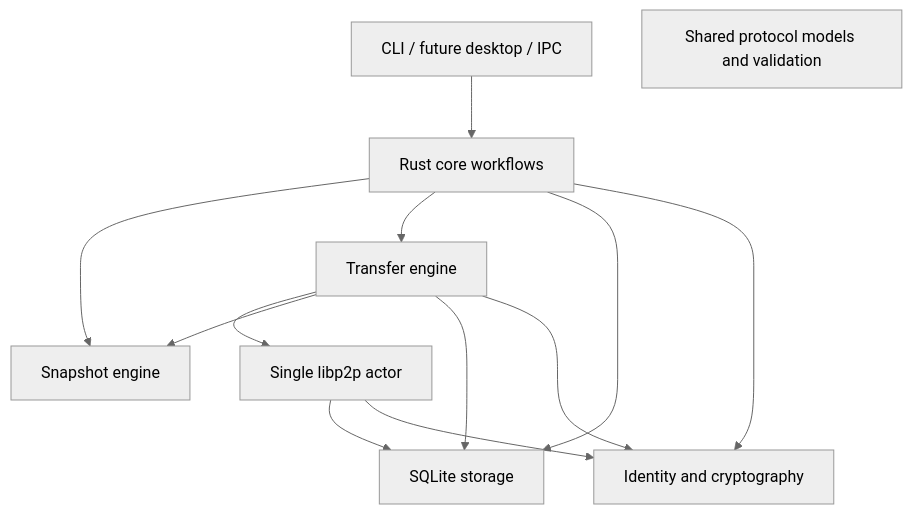
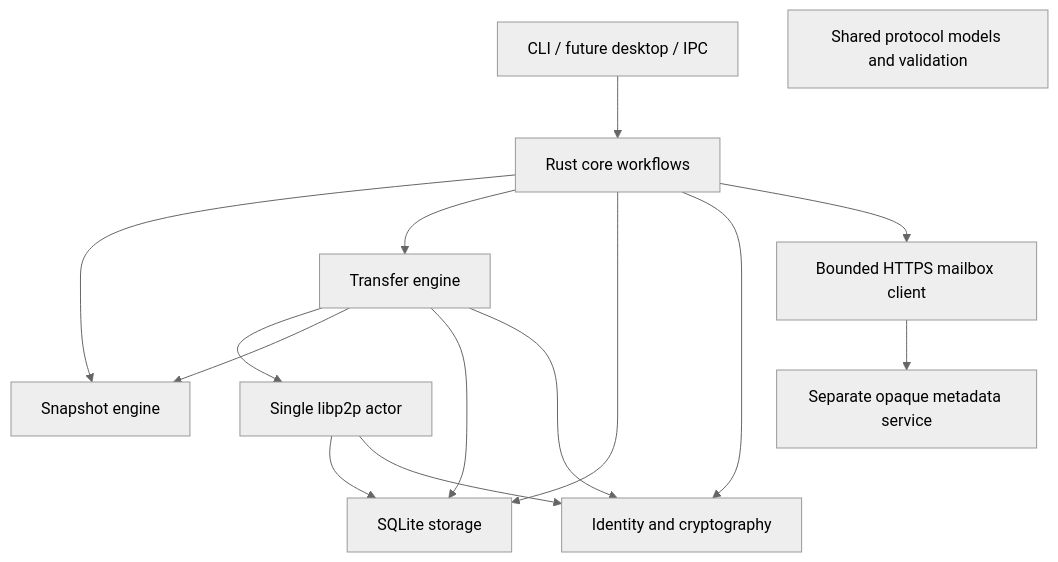
Before and after one commit to ege-ozel/track-mesh: the diagram in docs/ARCHITECTURE.md, drawn with Mermaid (neutral theme). The commit also changed other lines of this file and 38 other files, not shown here.

````diff
--- a/docs/ARCHITECTURE.md
+++ b/docs/ARCHITECTURE.md
@@ -5,15 +5,17 @@
 ```mermaid
 flowchart TD
     CLI[CLI / future desktop / IPC] --> Core[Rust core workflows]
     Core --> Snapshot[Snapshot engine]
     Core --> Transfer[Transfer engine]
     Core --> Storage[SQLite storage]
     Core --> Crypto[Identity and cryptography]
+    Core --> Mailbox[Bounded HTTPS mailbox client]
+    Mailbox --> Metadata[Separate opaque metadata service]
     Transfer --> Network[Single libp2p actor]
     Transfer --> Snapshot
     Transfer --> Storage
     Transfer --> Crypto
     Network --> Storage
     Network --> Crypto
     Protocol[Shared protocol models and validation]
 ```
````
